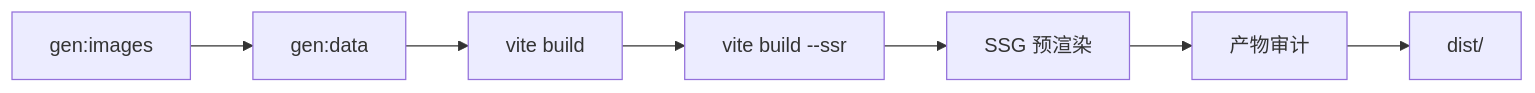
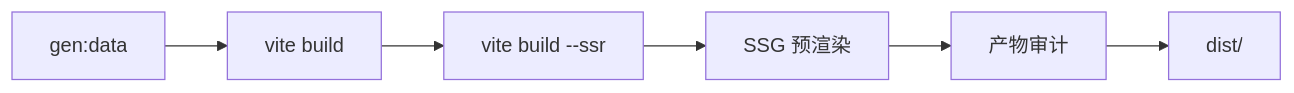
Before and after one commit to ououduck/D-blog: the diagram in README.md, drawn with Mermaid. The commit also changed other lines of this file and 89 other files, not shown here.

````diff
--- a/README.md
+++ b/README.md
@@ -116,9 +116,8 @@
 ```mermaid
 graph LR
-  A[gen:images] --> B[gen:data]
-  B --> C[vite build]
-  C --> D[vite build --ssr]
-  D --> E[SSG 预渲染]
-  E --> F[产物审计]
-  F --> G[dist/]
+  A[gen:data] --> B[vite build]
+  B --> C[vite build --ssr]
+  C --> D[SSG 预渲染]
+  D --> E[产物审计]
+  E --> F[dist/]
 ```
````
